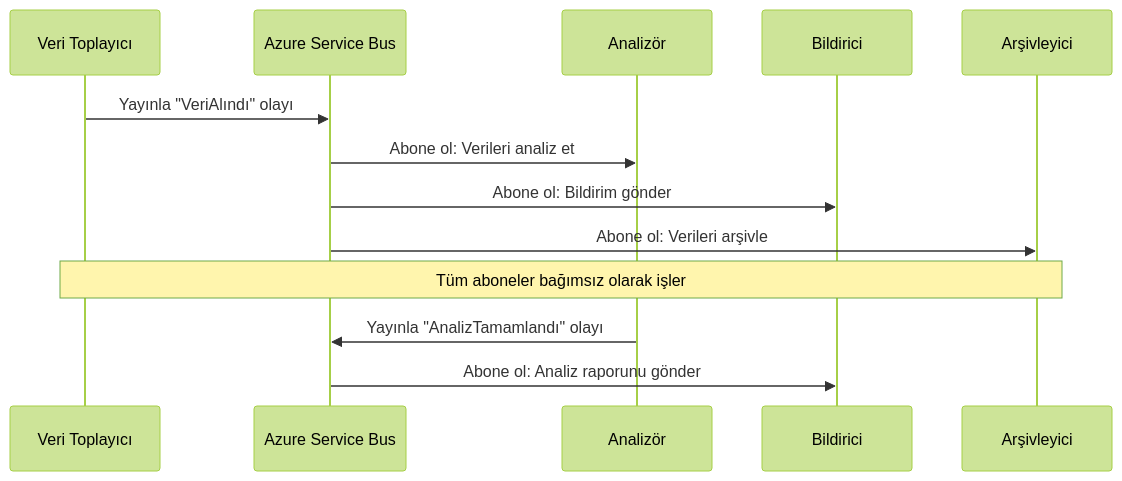
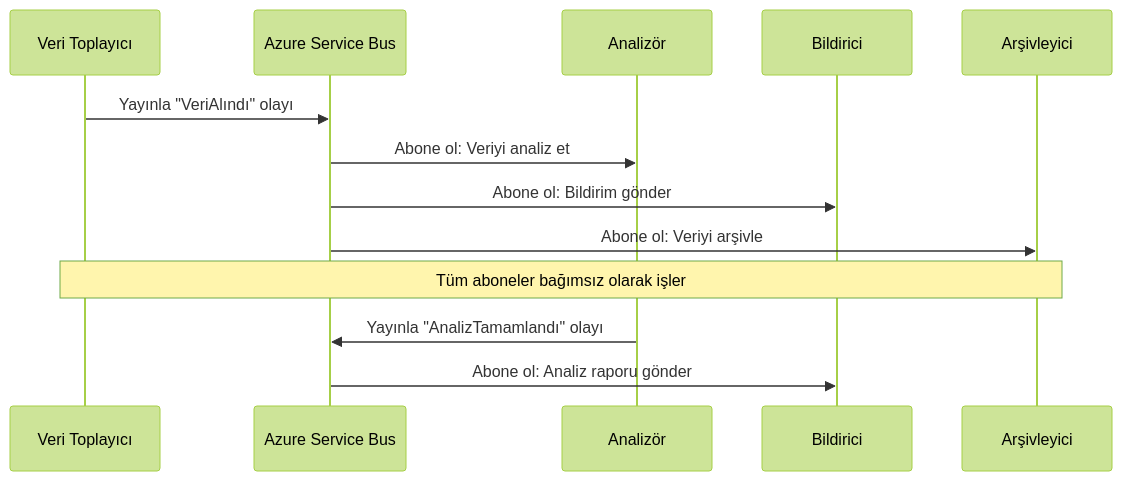
One commit to microsoft/AZD-for-beginners changed the fourth of 6 diagrams in translations/tr/docs/chapter-06-pre-deployment/coordination-patterns.md. Above: the diagram before and after it, drawn with Mermaid (forest theme). The commit also changed other lines of this file and 101 other files, not shown here.

````diff
--- a/translations/tr/docs/chapter-06-pre-deployment/coordination-patterns.md
+++ b/translations/tr/docs/chapter-06-pre-deployment/coordination-patterns.md
@@ -191,18 +185,18 @@
 ```mermaid
 sequenceDiagram
     participant Agent1 as Veri Toplayıcı
     participant EventBus as Azure Service Bus
     participant Agent2 as Analizör
     participant Agent3 as Bildirici
     participant Agent4 as Arşivleyici
     
     Agent1->>EventBus: Yayınla "VeriAlındı" olayı
-    EventBus->>Agent2: Abone ol: Verileri analiz et
+    EventBus->>Agent2: Abone ol: Veriyi analiz et
     EventBus->>Agent3: Abone ol: Bildirim gönder
-    EventBus->>Agent4: Abone ol: Verileri arşivle
+    EventBus->>Agent4: Abone ol: Veriyi arşivle
     
     Note over Agent1,Agent4: Tüm aboneler bağımsız olarak işler
     
     Agent2->>EventBus: Yayınla "AnalizTamamlandı" olayı
-    EventBus->>Agent3: Abone ol: Analiz raporunu gönder
+    EventBus->>Agent3: Abone ol: Analiz raporu gönder
 ```
````
